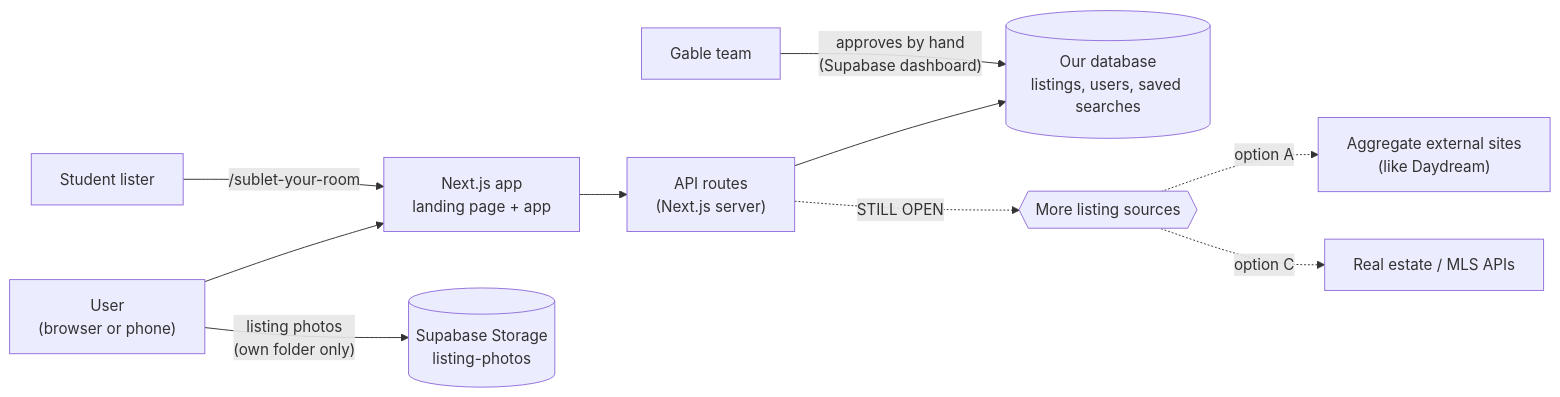
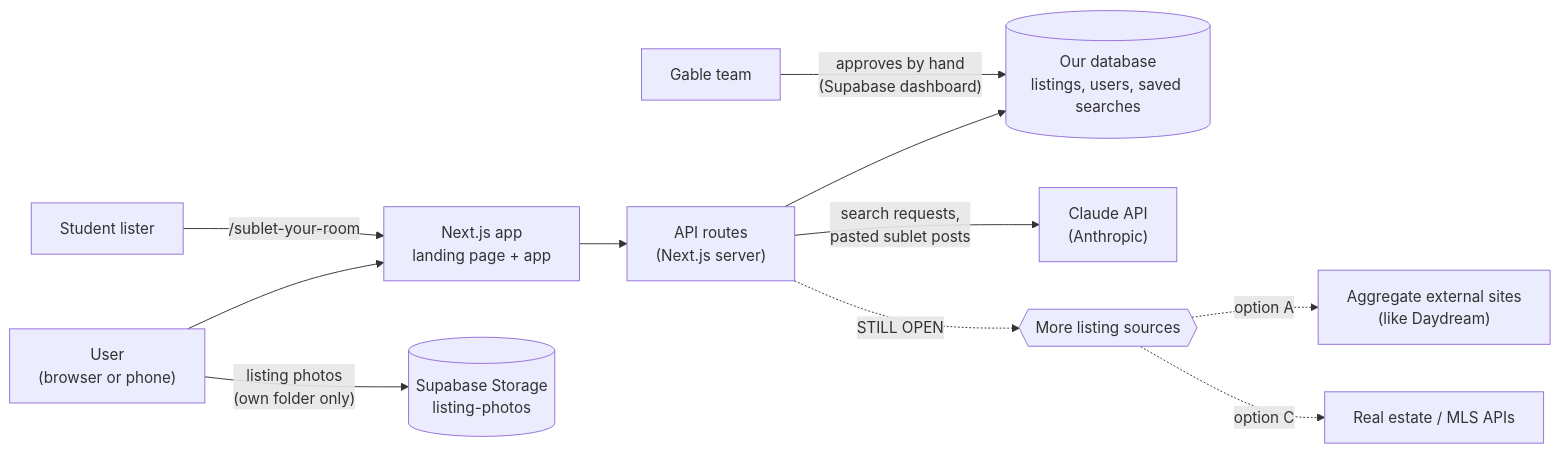
The diagram in diagrams/system_overview.md (sam-hearst/gable), drawn with Mermaid before and after one commit. The commit also changed other lines of this file and 3 other files, not shown here.

Commit message:
Docs and privacy: say Claude reads a pasted post and that we don't keep it

````diff
--- a/diagrams/system_overview.md
+++ b/diagrams/system_overview.md
@@ -5,12 +5,13 @@
 ```mermaid
 flowchart LR
     user["User<br/>(browser or phone)"] --> web["Next.js app<br/>landing page + app"]
     web --> api["API routes<br/>(Next.js server)"]
     api --> db[("Our database<br/>listings, users, saved searches")]
     user -- "listing photos<br/>(own folder only)" --> photos[("Supabase Storage<br/>listing-photos")]
     lister["Student lister"] -- "/sublet-your-room" --> web
+    api -- "search requests,<br/>pasted sublet posts" --> claude["Claude API<br/>(Anthropic)"]
     team["Gable team"] -- "approves by hand<br/>(Supabase dashboard)" --> db
     api -. "STILL OPEN" .-> source{{"More listing sources"}}
     source -. option A .-> agg["Aggregate external sites<br/>(like Daydream)"]
     source -. option C .-> apis["Real estate / MLS APIs"]
 ```
````
